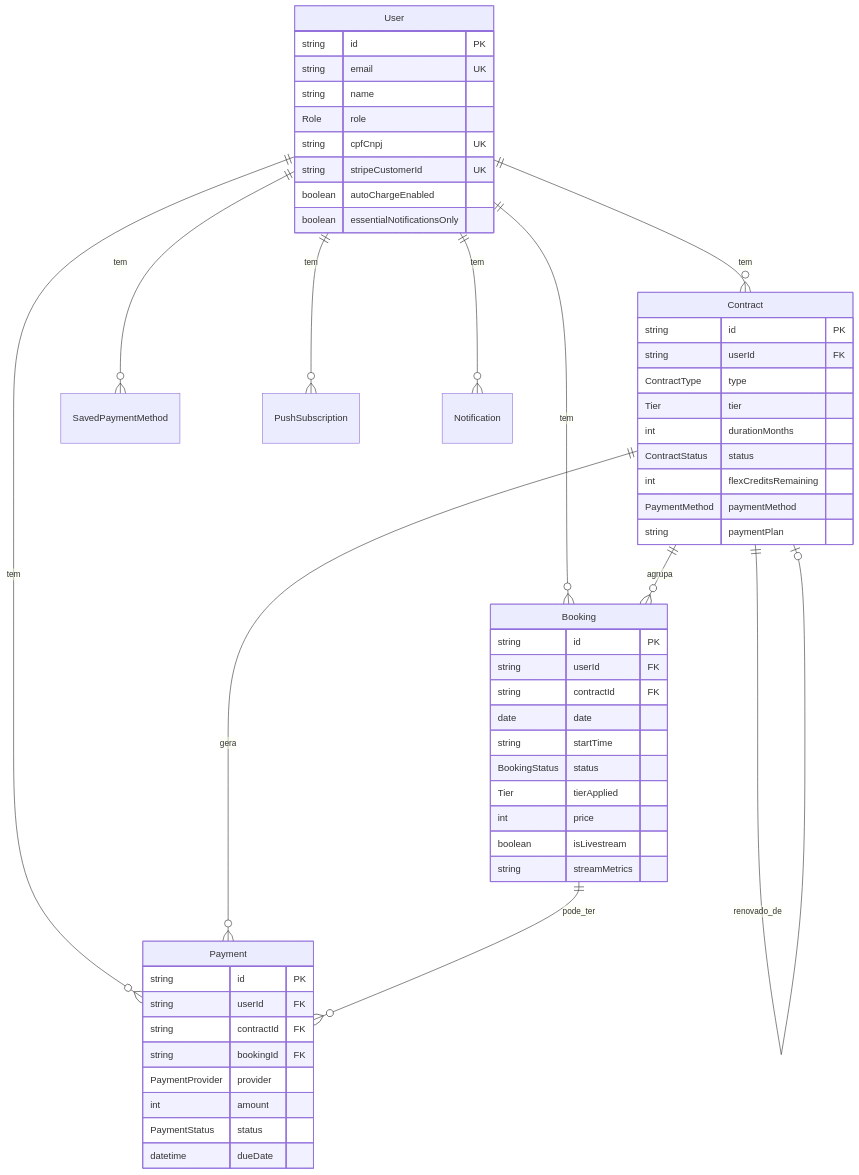
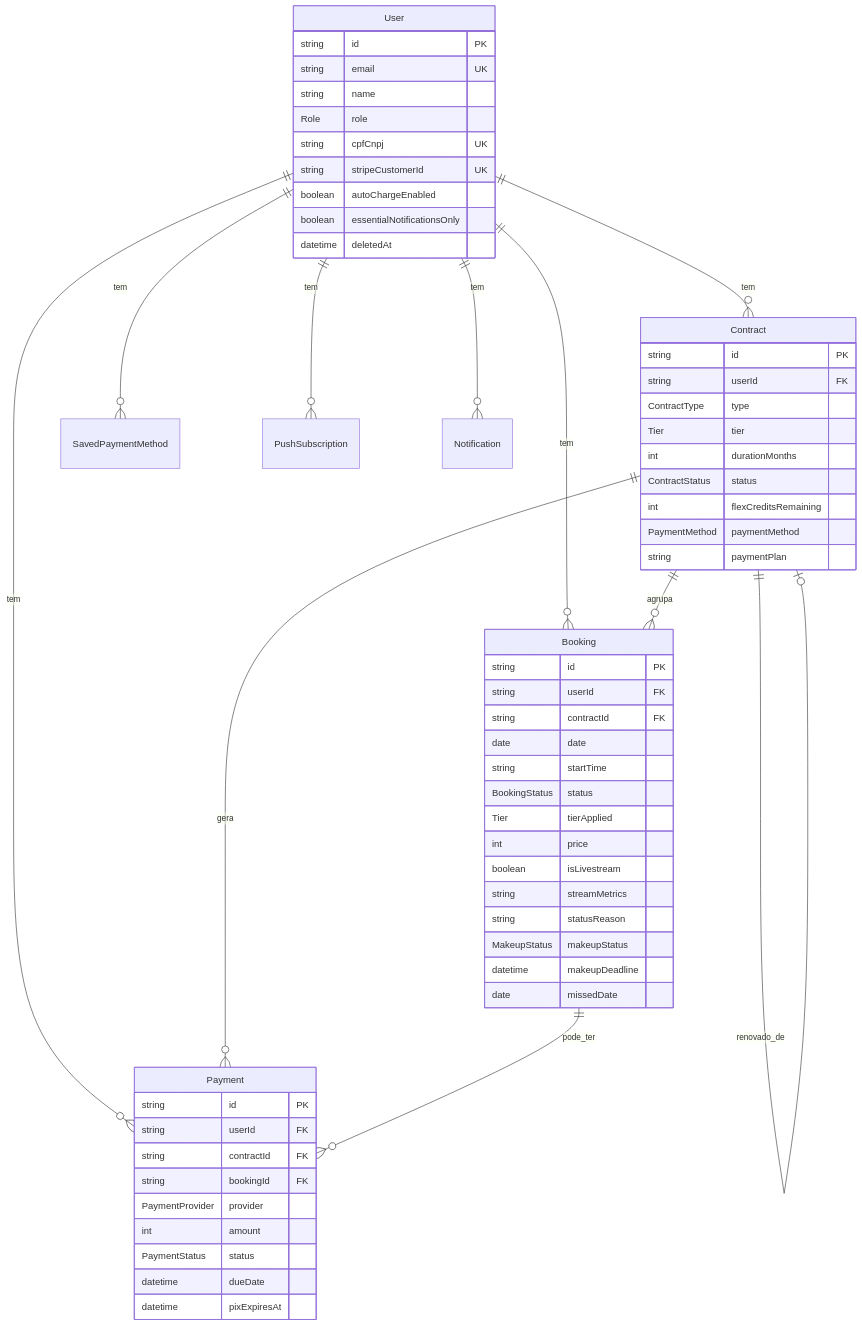
Before and after one commit to andreluisfcpn/agenda-estudio: the first of 3 diagrams in docs/tecnico/modelo-de-dados.md, drawn with Mermaid. The commit also changed other lines of this file and 204 other files, not shown here.

````diff
--- a/docs/tecnico/modelo-de-dados.md
+++ b/docs/tecnico/modelo-de-dados.md
@@ -9,57 +9,63 @@
 ```mermaid
 erDiagram
     User ||--o{ Contract : tem
     User ||--o{ Booking : tem
     User ||--o{ Payment : tem
     User ||--o{ SavedPaymentMethod : tem
     User ||--o{ PushSubscription : tem
     User ||--o{ Notification : tem
     Contract ||--o{ Booking : agrupa
     Contract ||--o{ Payment : gera
     Booking ||--o{ Payment : pode_ter
     Contract ||--o| Contract : renovado_de
 
     User {
         string id PK
         string email UK
         string name
         Role role
         string cpfCnpj UK
         string stripeCustomerId UK
         boolean autoChargeEnabled
         boolean essentialNotificationsOnly
+        datetime deletedAt
     }
     Contract {
         string id PK
         string userId FK
         ContractType type
         Tier tier
         int durationMonths
         ContractStatus status
         int flexCreditsRemaining
         PaymentMethod paymentMethod
         string paymentPlan
     }
     Booking {
         string id PK
         string userId FK
         string contractId FK
         date date
         string startTime
         BookingStatus status
         Tier tierApplied
         int price
         boolean isLivestream
         string streamMetrics
+        string statusReason
+        MakeupStatus makeupStatus
+        datetime makeupDeadline
+        date missedDate
     }
     Payment {
         string id PK
         string userId FK
         string contractId FK
         string bookingId FK
         PaymentProvider provider
         int amount
         PaymentStatus status
         datetime dueDate
+        datetime pixExpiresAt
     }
 ```
````
